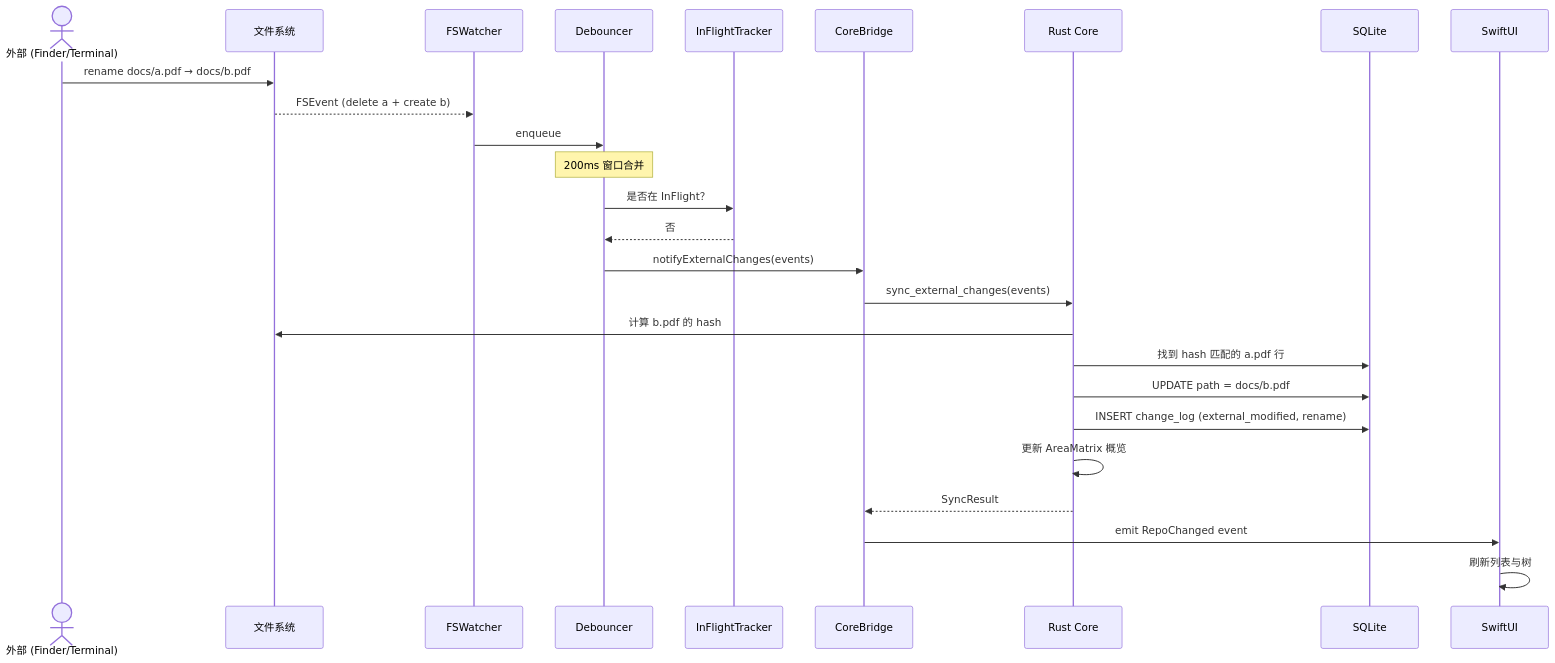
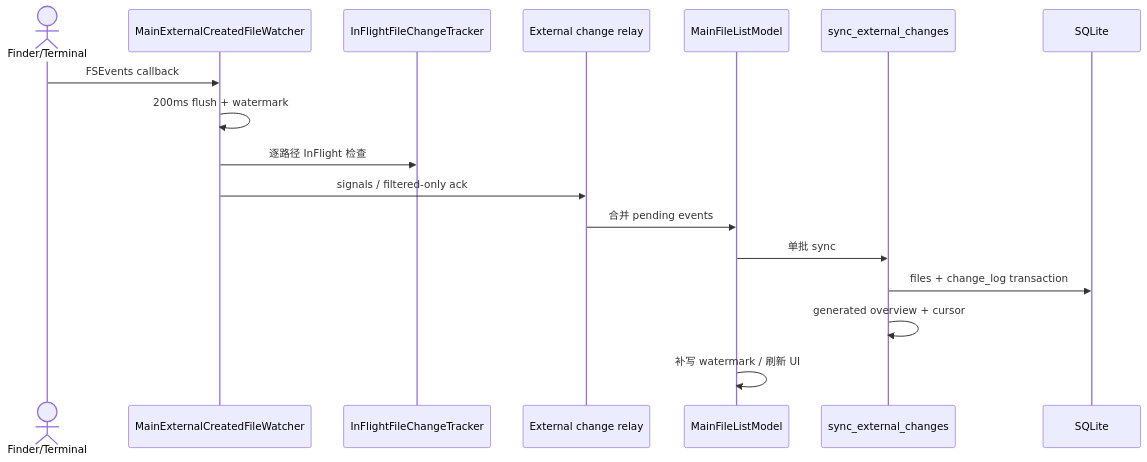
Before and after one commit to AreaSong/AreaMatrix: the third of 3 diagrams in docs/architecture/overview.md, drawn with Mermaid. The commit also changed other lines of this file and 221 other files, not shown here.

````diff
--- a/docs/architecture/overview.md
+++ b/docs/architecture/overview.md
@@ -138,29 +101,20 @@
 ```mermaid
 sequenceDiagram
-    actor External as 外部 (Finder/Terminal)
-    participant FS as 文件系统
-    participant Watcher as FSWatcher
-    participant Debouncer as Debouncer
-    participant Tracker as InFlightTracker
-    participant Bridge as CoreBridge
-    participant Core as Rust Core
-    participant DB as SQLite
-    participant UI as SwiftUI
+    actor external as Finder/Terminal
+    participant watcher as MainExternalCreatedFileWatcher
+    participant tracker as InFlightFileChangeTracker
+    participant relay as External change relay
+    participant model as MainFileListModel
+    participant core as sync_external_changes
+    participant db as SQLite
 
-    External->>FS: rename docs/a.pdf → docs/b.pdf
-    FS-->>Watcher: FSEvent (delete a + create b)
-    Watcher->>Debouncer: enqueue
-    Note over Debouncer: 200ms 窗口合并
-    Debouncer->>Tracker: 是否在 InFlight？
-    Tracker-->>Debouncer: 否
-    Debouncer->>Bridge: notifyExternalChanges(events)
-    Bridge->>Core: sync_external_changes(events)
-    Core->>FS: 计算 b.pdf 的 hash
-    Core->>DB: 找到 hash 匹配的 a.pdf 行
-    Core->>DB: UPDATE path = docs/b.pdf
-    Core->>DB: INSERT change_log (external_modified, rename)
-    Core->>Core: 更新 AreaMatrix 概览
-    Core-->>Bridge: SyncResult
-    Bridge->>UI: emit RepoChanged event
-    UI->>UI: 刷新列表与树
+    external->>watcher: FSEvents callback
+    watcher->>watcher: 200ms flush + watermark
+    watcher->>tracker: 逐路径 InFlight 检查
+    watcher->>relay: signals / filtered-only ack
+    relay->>model: 合并 pending events
+    model->>core: 单批 sync
+    core->>db: files + change_log transaction
+    core->>core: generated overview + cursor
+    model->>model: 补写 watermark / 刷新 UI
 ```
````
